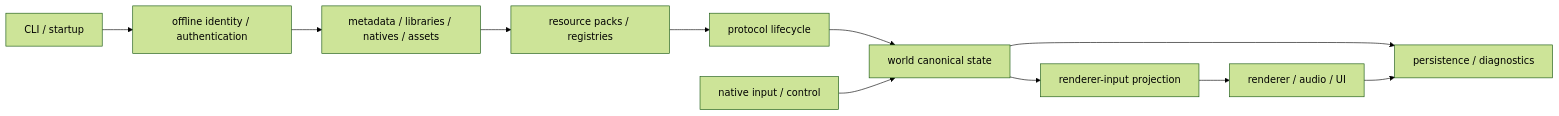
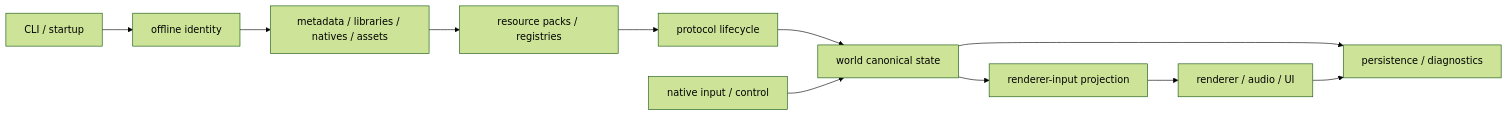
Before and after one commit to recursion128/bbb: the diagram in docs/wiki/architecture/overview.md, drawn with Mermaid (forest theme). The commit also changed 3 other files, not shown here.

````diff
--- a/docs/wiki/architecture/overview.md
+++ b/docs/wiki/architecture/overview.md
@@ -9,13 +9,13 @@
 ```mermaid
 flowchart LR
-  A[CLI / startup] --> B[offline identity / authentication]
+  A[CLI / startup] --> B[offline identity]
   B --> C[metadata / libraries / natives / assets]
   C --> D[resource packs / registries]
   D --> E[protocol lifecycle]
   E --> F[world canonical state]
   F --> G[renderer-input projection]
   G --> H[renderer / audio / UI]
   I[native input / control] --> F
   F --> J[persistence / diagnostics]
   H --> J
 ```
````
